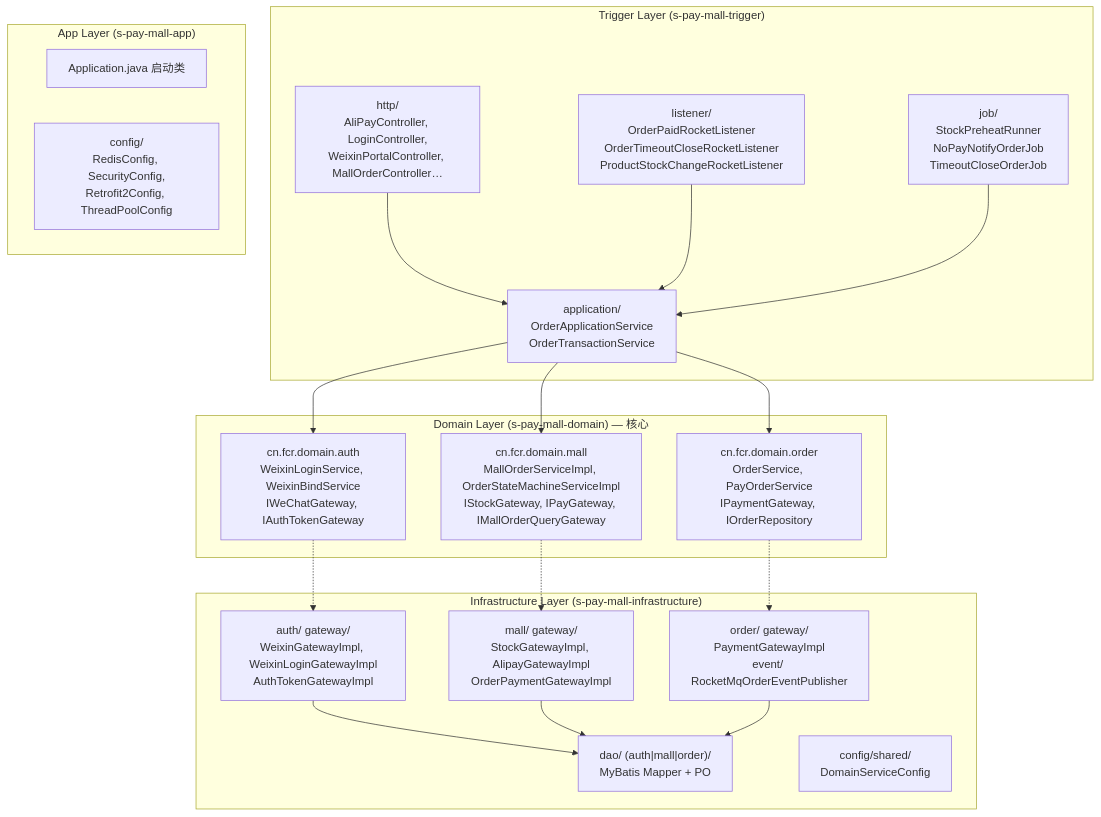
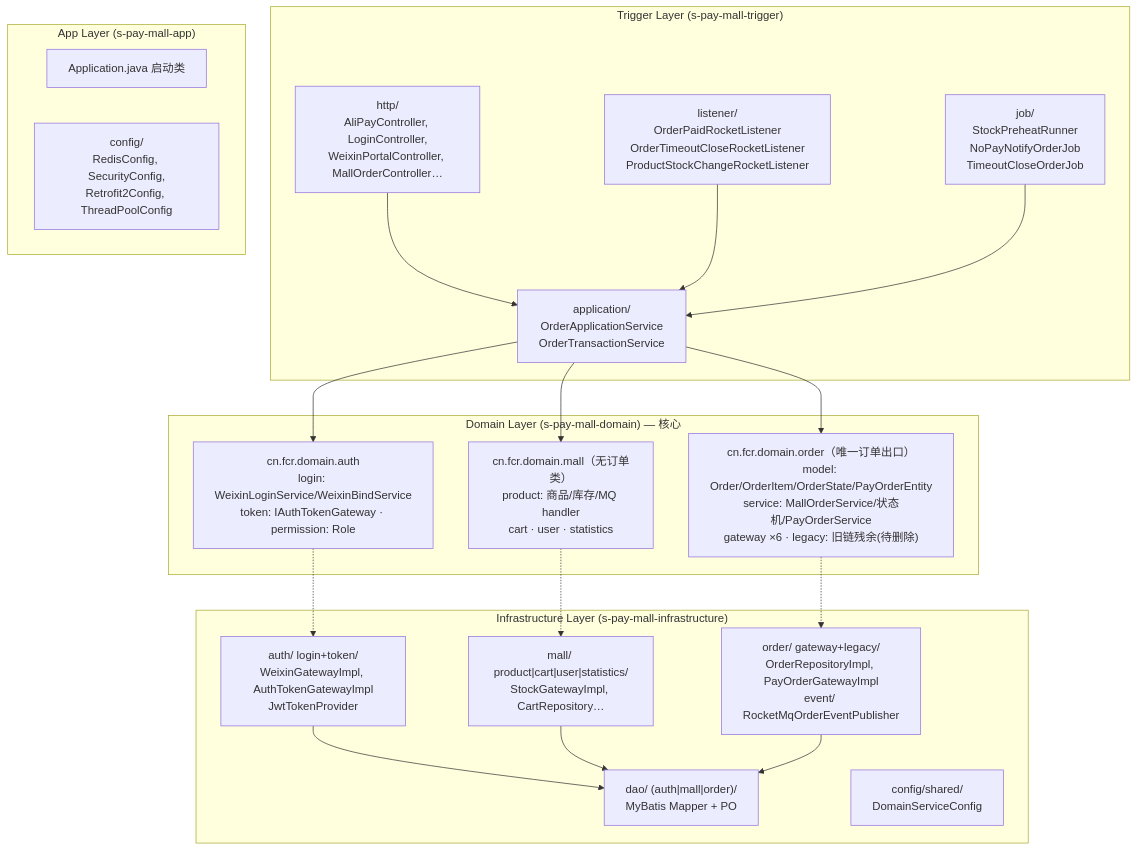
The first of 2 diagrams in docs/design/README.md (sxlva/s-pay-mall), drawn with Mermaid before and after one commit. The commit also changed other lines of this file and 3 other files, not shown here.

````diff
--- a/docs/design/README.md
+++ b/docs/design/README.md
@@ -12,41 +12,41 @@
 ```mermaid
 flowchart TB
     subgraph Trigger["Trigger Layer (s-pay-mall-trigger)"]
         T1["http/<br/>AliPayController, LoginController,<br/>WeixinPortalController, MallOrderController…"]
         T2["listener/<br/>OrderPaidRocketListener<br/>OrderTimeoutCloseRocketListener<br/>ProductStockChangeRocketListener"]
         T3["job/<br/>StockPreheatRunner<br/>NoPayNotifyOrderJob<br/>TimeoutCloseOrderJob"]
         T4["application/<br/>OrderApplicationService<br/>OrderTransactionService"]
     end
 
     subgraph App["App Layer (s-pay-mall-app)"]
         A1["Application.java 启动类"]
         A2["config/<br/>RedisConfig, SecurityConfig,<br/>Retrofit2Config, ThreadPoolConfig"]
     end
 
     subgraph Domain["Domain Layer (s-pay-mall-domain) — 核心"]
-        D1["cn.fcr.domain.auth<br/>WeixinLoginService, WeixinBindService<br/>IWeChatGateway, IAuthTokenGateway"]
-        D2["cn.fcr.domain.mall<br/>MallOrderServiceImpl, OrderStateMachineServiceImpl<br/>IStockGateway, IPayGateway, IMallOrderQueryGateway"]
-        D3["cn.fcr.domain.order<br/>OrderService, PayOrderService<br/>IPaymentGateway, IOrderRepository"]
+        D1["cn.fcr.domain.auth<br/>login: WeixinLoginService/WeixinBindService<br/>token: IAuthTokenGateway · permission: Role"]
+        D2["cn.fcr.domain.mall（无订单类）<br/>product: 商品/库存/MQ handler<br/>cart · user · statistics"]
+        D3["cn.fcr.domain.order（唯一订单出口）<br/>model: Order/OrderItem/OrderState/PayOrderEntity<br/>service: MallOrderService/状态机/PayOrderService<br/>gateway ×6 · legacy: 旧链残余(待删除)"]
     end
 
     subgraph Infra["Infrastructure Layer (s-pay-mall-infrastructure)"]
-        I1["auth/ gateway/<br/>WeixinGatewayImpl, WeixinLoginGatewayImpl<br/>AuthTokenGatewayImpl"]
-        I2["mall/ gateway/<br/>StockGatewayImpl, AlipayGatewayImpl<br/>OrderPaymentGatewayImpl"]
-        I3["order/ gateway/<br/>PaymentGatewayImpl<br/>event/ RocketMqOrderEventPublisher"]
+        I1["auth/ login+token/<br/>WeixinGatewayImpl, AuthTokenGatewayImpl<br/>JwtTokenProvider"]
+        I2["mall/ product|cart|user|statistics/<br/>StockGatewayImpl, CartRepository…"]
+        I3["order/ gateway+legacy/<br/>OrderRepositoryImpl, PayOrderGatewayImpl<br/>event/ RocketMqOrderEventPublisher"]
         I4["dao/ (auth|mall|order)/<br/>MyBatis Mapper + PO"]
         I5["config/shared/<br/>DomainServiceConfig"]
     end
 
     T1 --> T4
     T2 --> T4
     T3 --> T4
     T4 --> D1
     T4 --> D2
     T4 --> D3
     D1 -.-> I1
     D2 -.-> I2
     D3 -.-> I3
     I1 --> I4
     I2 --> I4
     I3 --> I4
 ```
````
